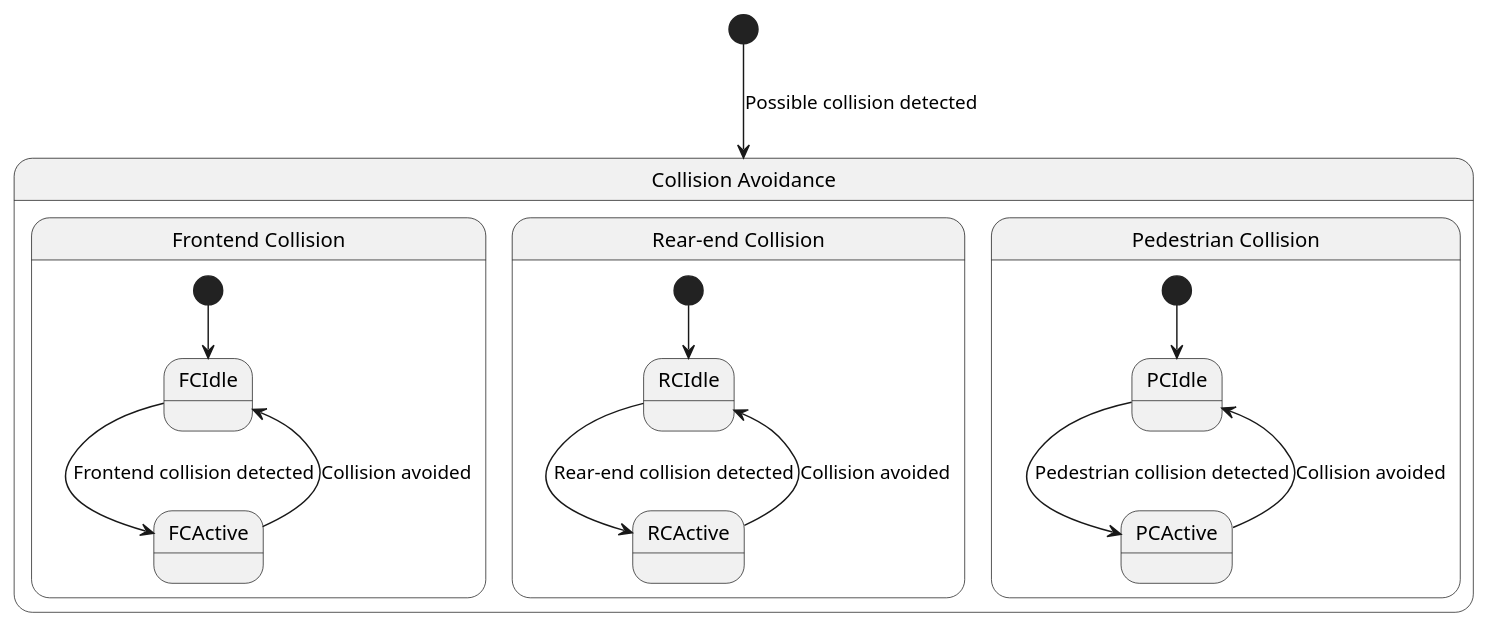
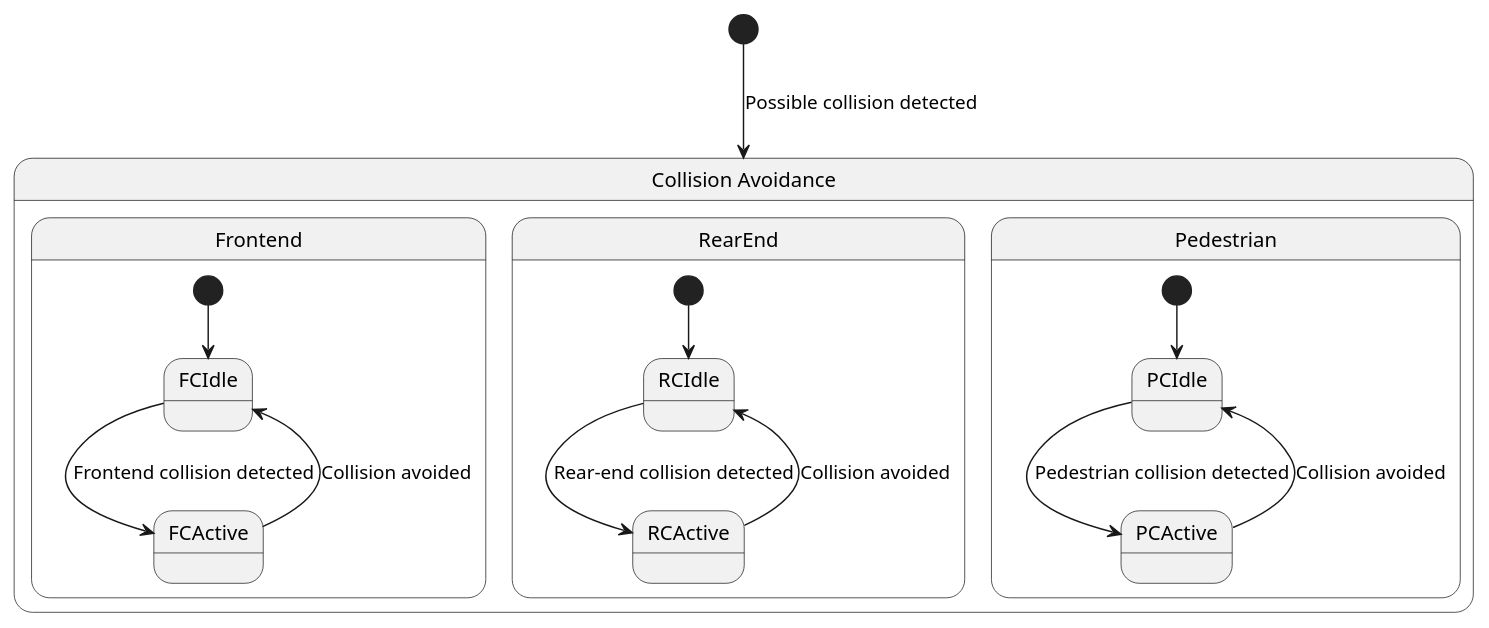
One commit to HansBug/research_ideas changed the diagram in project_1_llm_state_machine_modeling/paper_stm_repair/pipeline/representation/reports/llms_emp_r45_java_60/pairs/0057/README.md. Above: the diagram before and after it, drawn with PlantUML. The commit also changed other lines of this file and 622 other files, not shown here.

First line of the commit message:
fix(paper1): 切换Phase-II最终池并重建PlantUML转换证据

````diff
--- a/project_1_llm_state_machine_modeling/paper_stm_repair/pipeline/representation/reports/llms_emp_r45_java_60/pairs/0057/README.md
+++ b/project_1_llm_state_machine_modeling/paper_stm_repair/pipeline/representation/reports/llms_emp_r45_java_60/pairs/0057/README.md
@@ -27,27 +75,25 @@
 ```plantuml
 @startuml
-
 state "Collision Avoidance" as CA {
-state "Frontend Collision" as FC {
+state Frontend {
 [*] --> FCIdle
 FCIdle --> FCActive : Frontend collision detected
 FCActive --> FCIdle : Collision avoided
 }
 
-state "Rear-end Collision" as RC {
+state RearEnd {
 [*] --> RCIdle
 RCIdle --> RCActive : Rear-end collision detected
 RCActive --> RCIdle : Collision avoided
 }
 
-state "Pedestrian Collision" as PC {
+state Pedestrian {
 [*] --> PCIdle
 PCIdle --> PCActive : Pedestrian collision detected
 PCActive --> PCIdle : Collision avoided
 }
 }
 
 [*] --> CA : Possible collision detected
-
 @enduml
 ```
````
